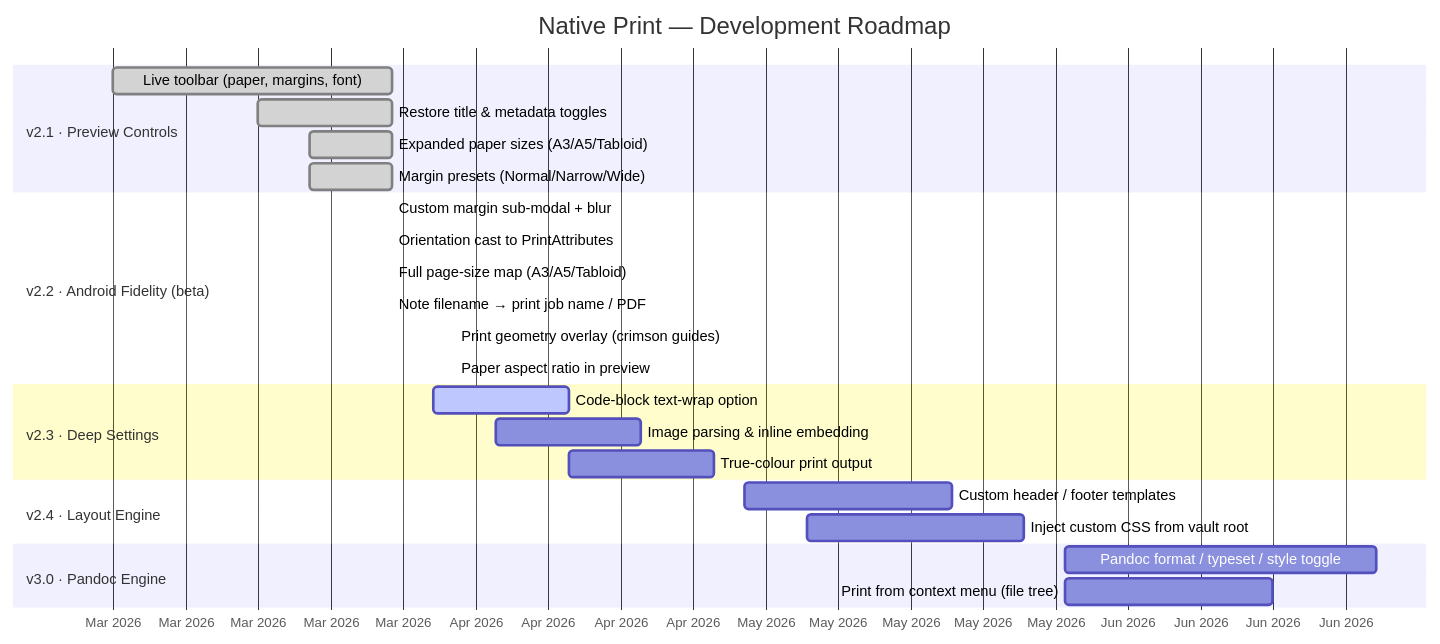
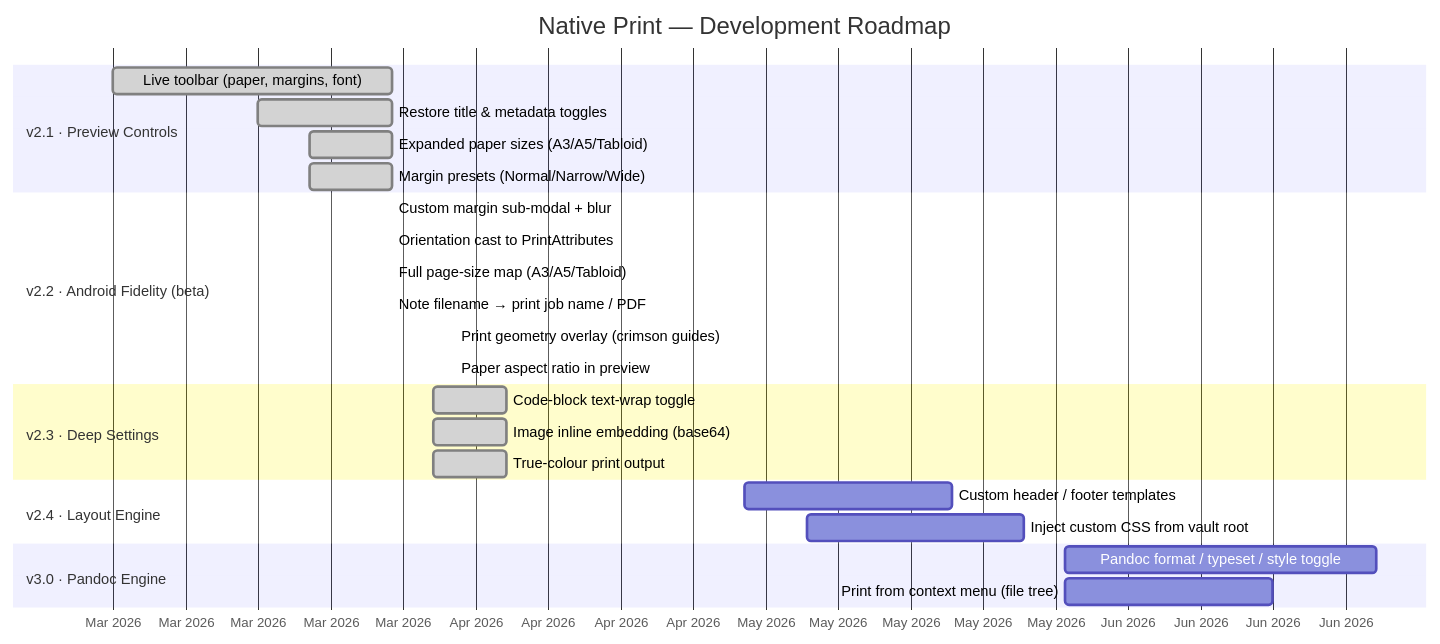
The diagram in README.md (PWereh/native-print), drawn with Mermaid before and after one commit. The commit also changed other lines of this file and 9 other files, not shown here.

````diff
--- a/README.md
+++ b/README.md
@@ -25,33 +25,33 @@
 ```mermaid
 gantt
     title Native Print — Development Roadmap
     dateFormat YYYY-MM-DD
     axisFormat %b %Y
 
     section v2.1 · Preview Controls
     Live toolbar (paper, margins, font)    :done,    pv1, 2026-03-01, 2026-03-28
     Restore title & metadata toggles       :done,    pv2, 2026-03-15, 2026-03-28
     Expanded paper sizes (A3/A5/Tabloid)   :done,    pv3, 2026-03-20, 2026-03-28
     Margin presets (Normal/Narrow/Wide)    :done,    pv4, 2026-03-20, 2026-03-28
 
     section v2.2 · Android Fidelity (beta)
     Custom margin sub-modal + blur         :done,    am1, 2026-03-28, 2026-03-28
     Orientation cast to PrintAttributes    :done,    am2, 2026-03-28, 2026-03-28
     Full page-size map (A3/A5/Tabloid)     :done,    am3, 2026-03-28, 2026-03-28
     Note filename → print job name / PDF   :done,    am4, 2026-03-28, 2026-03-28
     Print geometry overlay (crimson guides):done,    am5, 2026-04-03, 2026-04-03
     Paper aspect ratio in preview          :done,    am6, 2026-04-03, 2026-04-03
 
     section v2.3 · Deep Settings
-    Code-block text-wrap option            :active,  ds1, 2026-04-01, 2026-04-14
-    Image parsing & inline embedding       :         ds2, 2026-04-07, 2026-04-21
-    True-colour print output               :         ds3, 2026-04-14, 2026-04-28
+    Code-block text-wrap toggle            :done,    ds1, 2026-04-01, 2026-04-08
+    Image inline embedding (base64)        :done,    ds2, 2026-04-01, 2026-04-08
+    True-colour print output               :done,    ds3, 2026-04-01, 2026-04-08
 
     section v2.4 · Layout Engine
     Custom header / footer templates       :         le1, 2026-05-01, 2026-05-21
     Inject custom CSS from vault root      :         le2, 2026-05-07, 2026-05-28
 
     section v3.0 · Pandoc Engine
     Pandoc format / typeset / style toggle :         pe1, 2026-06-01, 2026-07-01
     Print from context menu (file tree)    :         pe2, 2026-06-01, 2026-06-21
 ```
````
